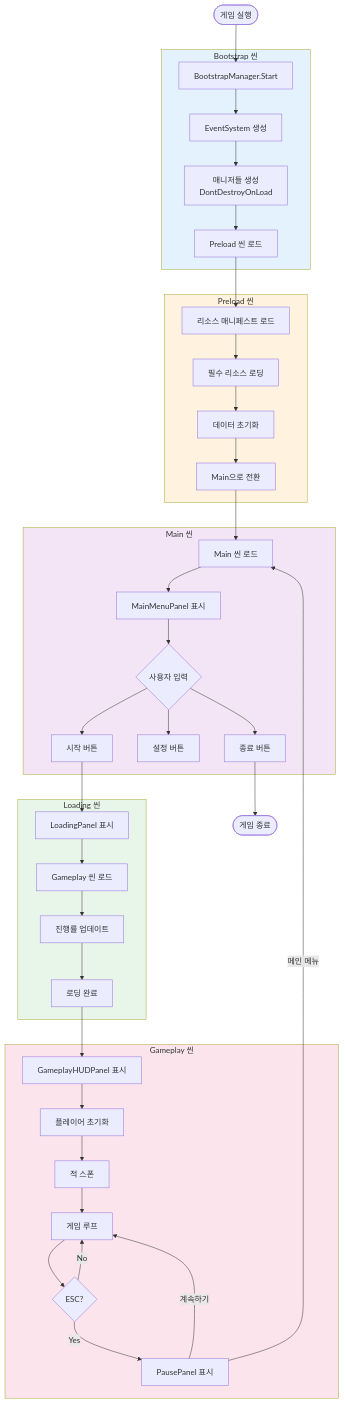
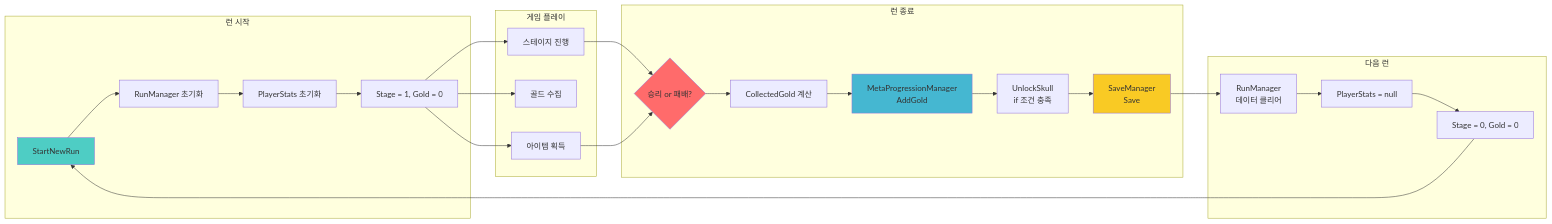
Before and after one commit to jaechang92/GAS: the fifth of 6 diagrams in GASPT/docs/architecture/ARCHITECTURE_DIAGRAMS.md, drawn with Mermaid. The commit also changed other lines of this file and 127 other files, not shown here.

````diff
--- a/GASPT/docs/architecture/ARCHITECTURE_DIAGRAMS.md
+++ b/GASPT/docs/architecture/ARCHITECTURE_DIAGRAMS.md
@@ -630,69 +218,52 @@
 ```mermaid
-flowchart TB
-    Start([게임 실행])
+graph LR
+    subgraph "런 시작"
+        A[StartNewRun]
+        B[RunManager 초기화]
+        C[PlayerStats 초기화]
+        D[Stage = 1, Gold = 0]
 
-    subgraph Bootstrap["Bootstrap 씬"]
-        B1[BootstrapManager.Start]
-        B2[EventSystem 생성]
-        B3[매니저들 생성<br/>DontDestroyOnLoad]
-        B4[Preload 씬 로드]
+        A --> B --> C --> D
     end
 
-    subgraph Preload["Preload 씬"]
-        P1[리소스 매니페스트 로드]
-        P2[필수 리소스 로딩]
-        P3[데이터 초기화]
-        P4[Main으로 전환]
+    subgraph "게임 플레이"
+        E[아이템 획득]
+        F[골드 수집]
+        G[스테이지 진행]
+
+        D --> E
+        D --> F
+        D --> G
     end
 
-    subgraph Main["Main 씬"]
-        M1[Main 씬 로드]
-        M2[MainMenuPanel 표시]
-        M3{사용자 입력}
-        M4[시작 버튼]
-        M5[설정 버튼]
-        M6[종료 버튼]
+    subgraph "런 종료"
+        H{승리 or 패배?}
+        I[CollectedGold 계산]
+        J[MetaProgressionManager<br/>AddGold]
+        K[UnlockSkull<br/>if 조건 충족]
+        L[SaveManager<br/>Save]
+
+        G --> H
+        E --> H
+        H --> I
+        I --> J
+        J --> K
+        K --> L
     end
 
-    subgraph Loading["Loading 씬"]
-        L1[LoadingPanel 표시]
-        L2[Gameplay 씬 로드]
-        L3[진행률 업데이트]
-        L4[로딩 완료]
+    subgraph "다음 런"
+        M[RunManager<br/>데이터 클리어]
+        N[PlayerStats = null]
+        O[Stage = 0, Gold = 0]
+
+        L --> M
+        M --> N
+        N --> O
+        O --> A
     end
 
-    subgraph Gameplay["Gameplay 씬"]
-        G1[GameplayHUDPanel 표시]
-        G2[플레이어 초기화]
-        G3[적 스폰]
-        G4[게임 루프]
-        G5{ESC?}
-        G6[PausePanel 표시]
-    end
-
-    Start --> B1
-    B1 --> B2 --> B3 --> B4
-    B4 --> P1
-    P1 --> P2 --> P3 --> P4
-    P4 --> M1
-    M1 --> M2 --> M3
-    M3 --> M4
-    M3 --> M5
-    M3 --> M6
-    M4 --> L1
-    L1 --> L2 --> L3 --> L4
-    L4 --> G1
-    G1 --> G2 --> G3 --> G4
-    G4 --> G5
-    G5 -->|Yes| G6
-    G5 -->|No| G4
-    G6 -->|계속하기| G4
-    G6 -->|메인 메뉴| M1
-    M6 --> End([게임 종료])
-
-    style Bootstrap fill:#e3f2fd
-    style Preload fill:#fff3e0
-    style Main fill:#f3e5f5
-    style Loading fill:#e8f5e9
-    style Gameplay fill:#fce4ec
+    style A fill:#4ecdc4
+    style H fill:#ff6b6b
+    style J fill:#45b7d1
+    style L fill:#f9ca24
 ```
````
